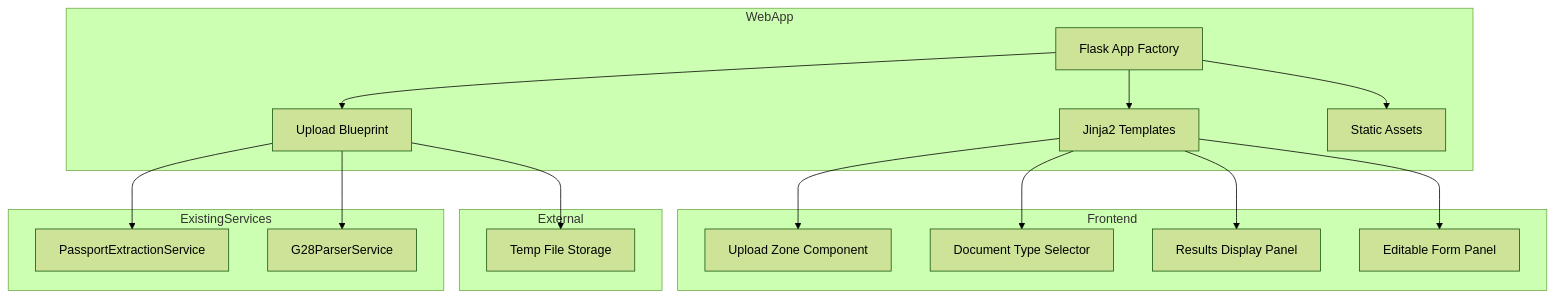
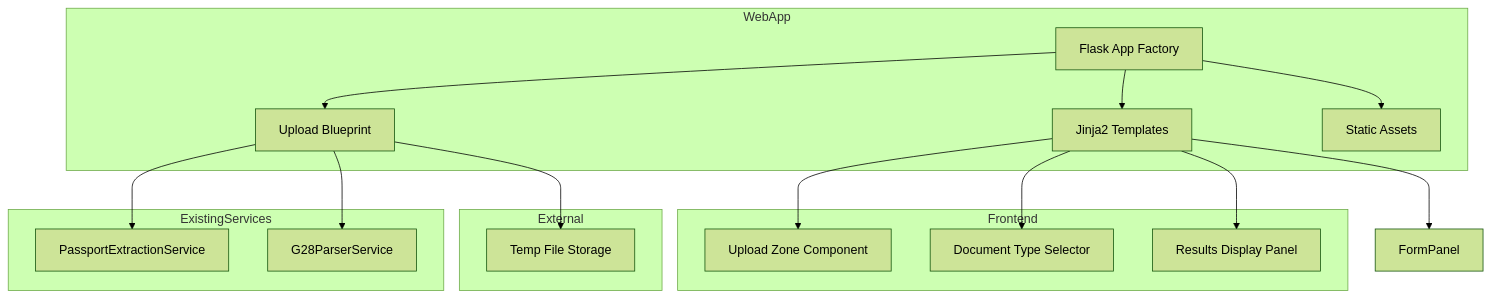
Before and after one commit to Red64llc/tryalma-test: the first of 4 diagrams in .kiro/specs/document-upload-ui/design.md, drawn with Mermaid (forest theme). The commit also changed other lines of this file and 2 other files, not shown here.

````diff
--- a/.kiro/specs/document-upload-ui/design.md
+++ b/.kiro/specs/document-upload-ui/design.md
@@ -48,38 +48,37 @@
 ```mermaid
 graph TB
     subgraph WebApp
         FlaskApp[Flask App Factory]
         UploadBlueprint[Upload Blueprint]
         Templates[Jinja2 Templates]
         Static[Static Assets]
     end
 
     subgraph ExistingServices
         PassportService[PassportExtractionService]
         G28Service[G28ParserService]
     end
 
     subgraph Frontend
         UploadZone[Upload Zone Component]
         DocTypeSelector[Document Type Selector]
         ResultsPanel[Results Display Panel]
-        FormPanel[Editable Form Panel]
     end
 
     subgraph External
         TempStorage[Temp File Storage]
     end
 
     FlaskApp --> UploadBlueprint
     FlaskApp --> Templates
     FlaskApp --> Static
 
     UploadBlueprint --> PassportService
     UploadBlueprint --> G28Service
     UploadBlueprint --> TempStorage
 
     Templates --> UploadZone
     Templates --> DocTypeSelector
     Templates --> ResultsPanel
     Templates --> FormPanel
 ```
````
